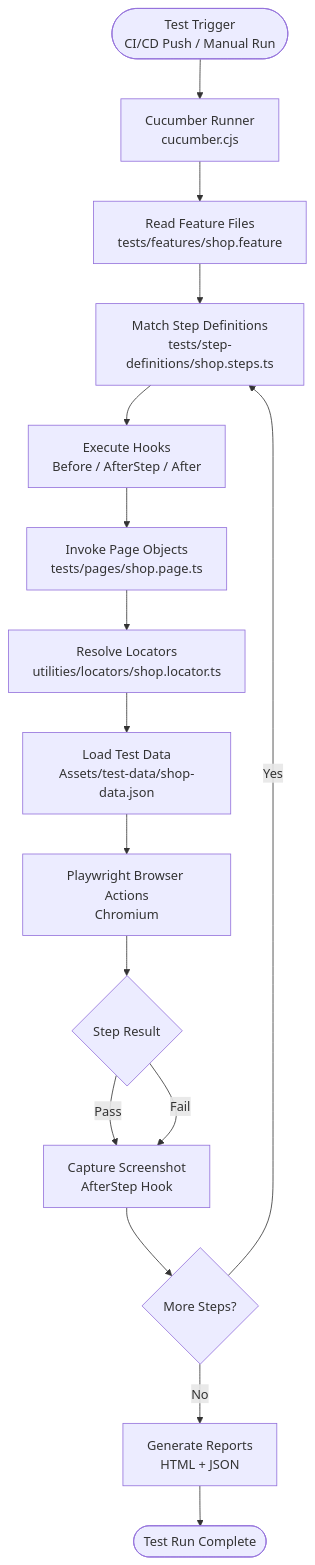
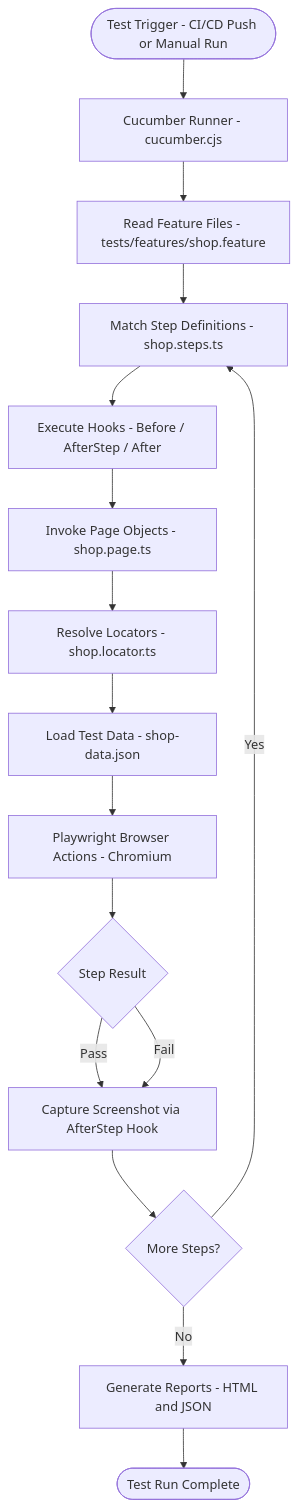
The first of 15 diagrams in rchitecture.md (ron457/Cucumber-Test-Ophelia), drawn with Mermaid before and after one commit. The commit also changed other lines of this file, not shown here.

````diff
--- a/rchitecture.md
+++ b/rchitecture.md
@@ -14,18 +14,18 @@
 ```mermaid
 flowchart TD
-    A([Test Trigger\nCI/CD Push / Manual Run]) --> B[Cucumber Runner\ncucumber.cjs]
-    B --> C[Read Feature Files\ntests/features/shop.feature]
-    C --> D[Match Step Definitions\ntests/step-definitions/shop.steps.ts]
-    D --> E[Execute Hooks\nBefore / AfterStep / After]
-    E --> F[Invoke Page Objects\ntests/pages/shop.page.ts]
-    F --> G[Resolve Locators\nutilities/locators/shop.locator.ts]
-    G --> H[Load Test Data\nAssets/test-data/shop-data.json]
-    H --> I[Playwright Browser Actions\nChromium]
+    A([Test Trigger - CI/CD Push or Manual Run]) --> B[Cucumber Runner - cucumber.cjs]
+    B --> C[Read Feature Files - tests/features/shop.feature]
+    C --> D[Match Step Definitions - shop.steps.ts]
+    D --> E[Execute Hooks - Before / AfterStep / After]
+    E --> F[Invoke Page Objects - shop.page.ts]
+    F --> G[Resolve Locators - shop.locator.ts]
+    G --> H[Load Test Data - shop-data.json]
+    H --> I[Playwright Browser Actions - Chromium]
     I --> J{Step Result}
-    J -->|Pass| K[Capture Screenshot\nAfterStep Hook]
+    J -->|Pass| K[Capture Screenshot via AfterStep Hook]
     J -->|Fail| K
     K --> L{More Steps?}
     L -->|Yes| D
-    L -->|No| M[Generate Reports\nHTML + JSON]
+    L -->|No| M[Generate Reports - HTML and JSON]
     M --> N([Test Run Complete])
 ```
````
